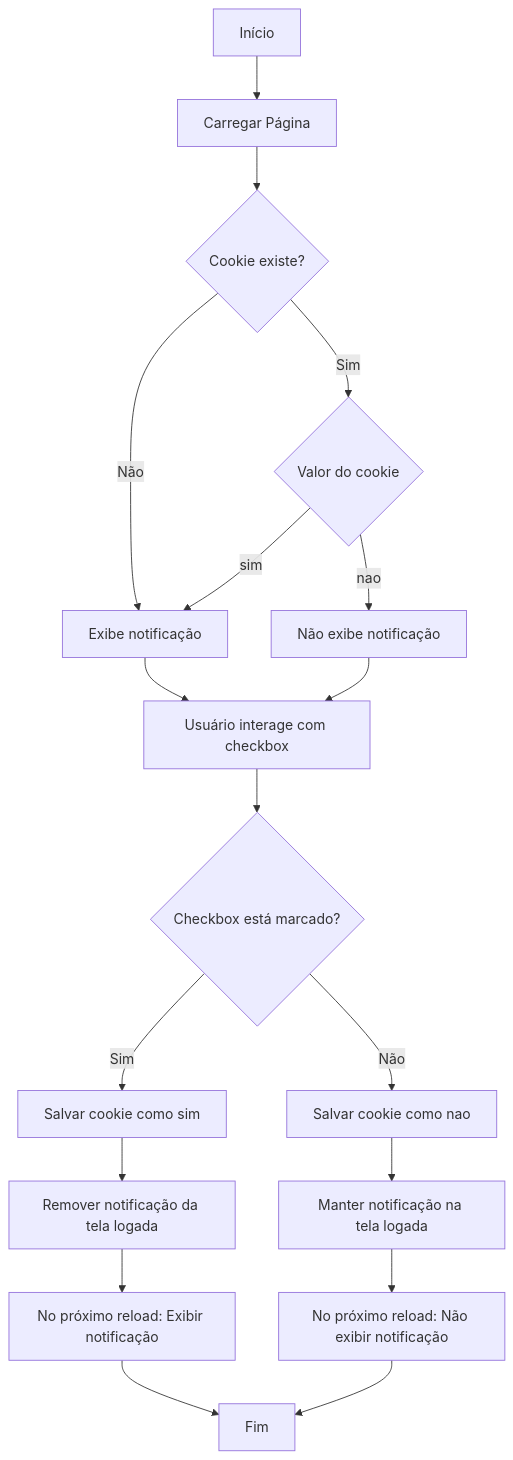
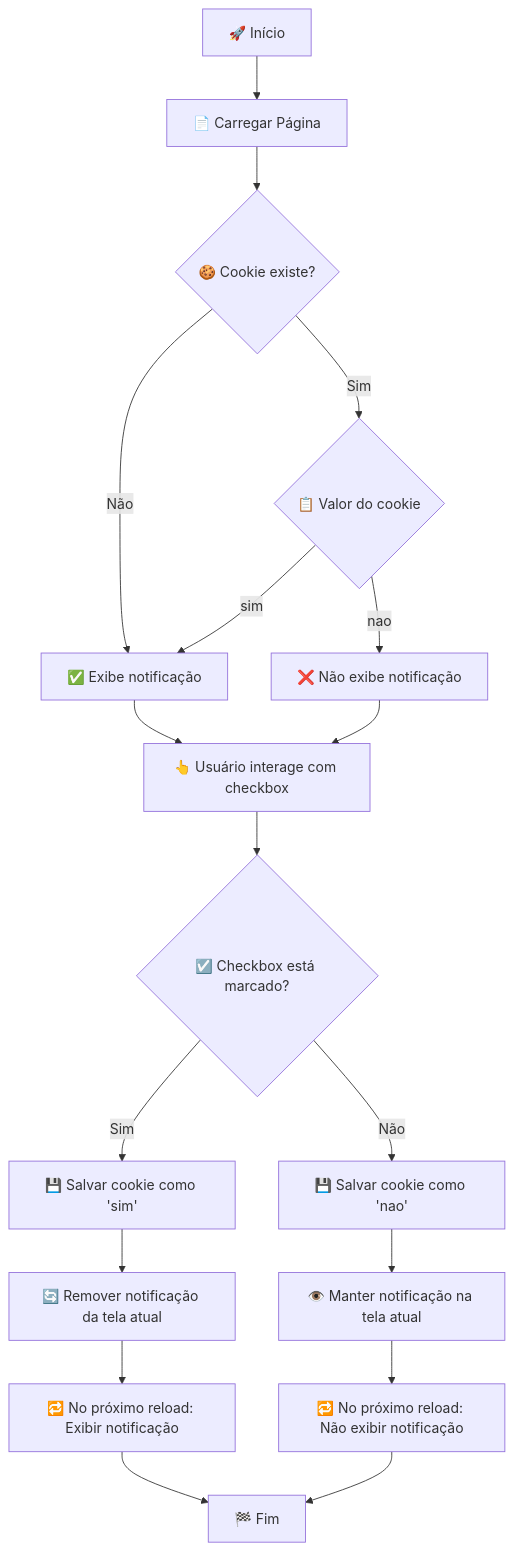
One commit to Reinaldo-rs/Estudos changed the diagram in JavaScript/04-ArmazenamentoNav_UserPreferences/README.md. Above: the diagram before and after it, drawn with Mermaid. The commit also changed other lines of this file and 5 other files, not shown here.

````diff
--- a/JavaScript/04-ArmazenamentoNav_UserPreferences/README.md
+++ b/JavaScript/04-ArmazenamentoNav_UserPreferences/README.md
@@ -43,24 +80,27 @@
 ```mermaid
 flowchart TD
-    A[Início] --> B[Carregar Página]
-    B --> C{Cookie existe?}
-    C -->|Não| D[Exibe notificação]
-    C -->|Sim| E{Valor do cookie}
-    E -->|sim| D[Exibe notificação]
-    E -->|nao| F[Não exibe notificação]
+    A[🚀 Início] --> B[📄 Carregar Página]
+    B --> C{🍪 Cookie existe?}
+    
+    C -->|Não| D[✅ Exibe notificação]
+    C -->|Sim| E{📋 Valor do cookie}
+    
+    E -->|sim| D[✅ Exibe notificação]
+    E -->|nao| F[❌ Não exibe notificação]
 
-    D --> G[Usuário interage com checkbox]
+    D --> G[👆 Usuário interage com checkbox]
     F --> G
 
-    G --> H{Checkbox está marcado?}
-    H -->|Sim| I[Salvar cookie como sim]
-    I --> J[Remover notificação da tela logada]
-    J --> K[No próximo reload: Exibir notificação]
+    G --> H{☑️ Checkbox está marcado?}
+    
+    H -->|Sim| I[💾 Salvar cookie como 'sim']
+    I --> J[🔄 Remover notificação da tela atual]
+    J --> K[🔁 No próximo reload: Exibir notificação]
 
-    H -->|Não| L[Salvar cookie como nao]
-    L --> M[Manter notificação na tela logada]
-    M --> N[No próximo reload: Não exibir notificação]
+    H -->|Não| L[💾 Salvar cookie como 'nao']
+    L --> M[👁️ Manter notificação na tela atual]
+    M --> N[🔁 No próximo reload: Não exibir notificação]
 
-    K --> O[Fim]
-    N --> O 
+    K --> O[🏁 Fim]
+    N --> O
 ```
````
